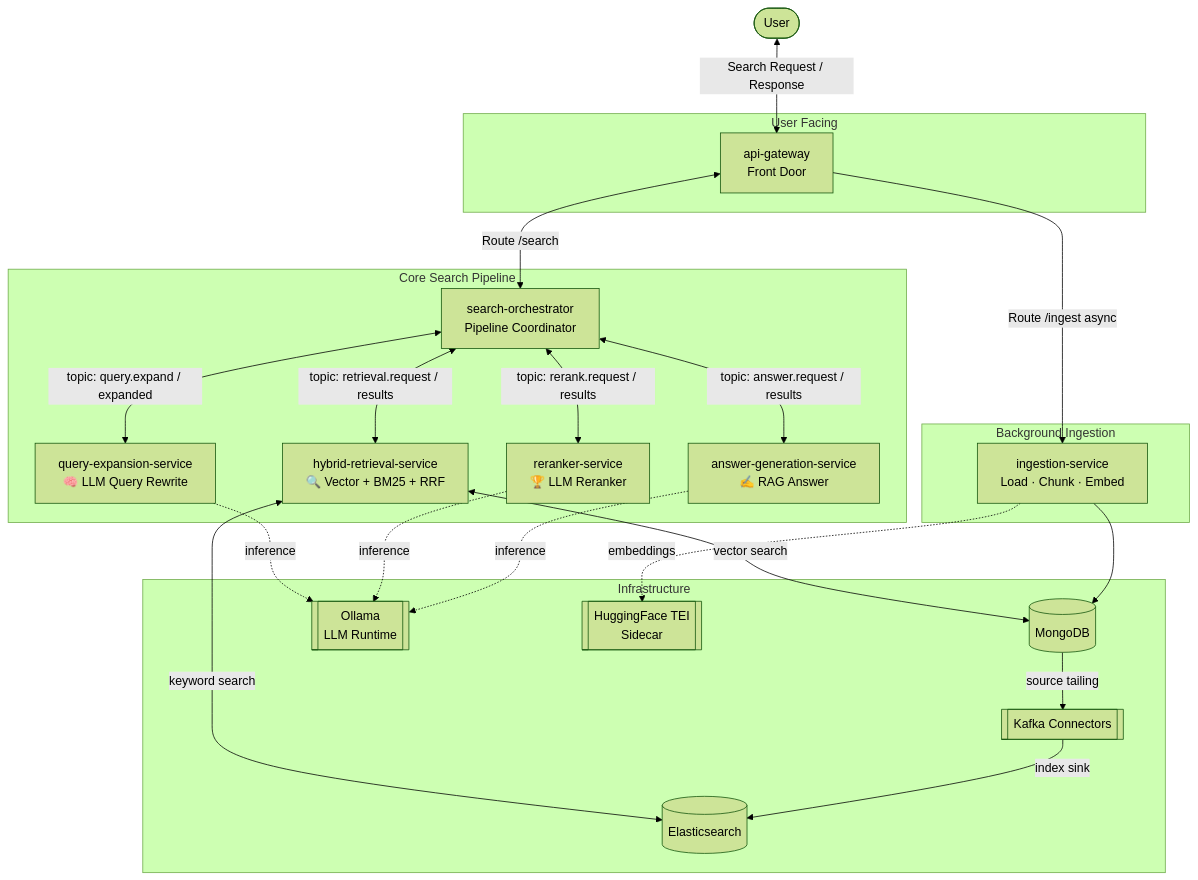
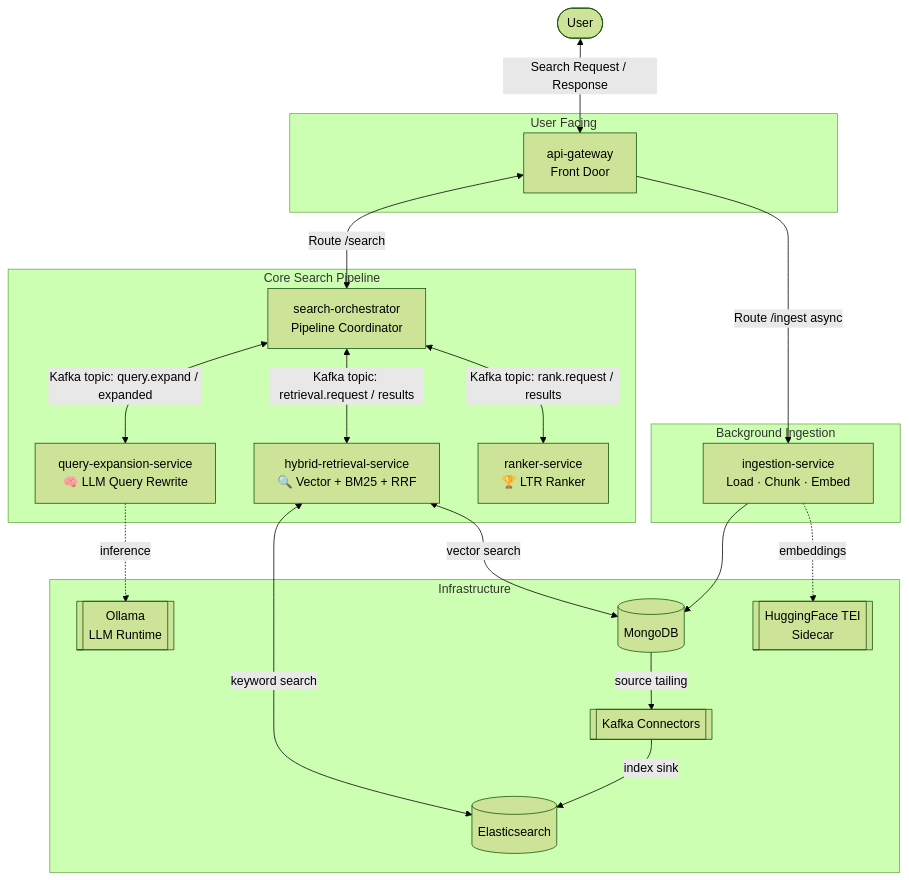
One commit to Peqchji/spring-ai-search-engine changed the first of 2 diagrams in README.md. Above: the diagram before and after it, drawn with Mermaid (forest theme). The commit also changed other lines of this file and 9 other files, not shown here.

First line of the commit message:
docs: Refactor architecture to LTR AI Search Engine

````diff
--- a/README.md
+++ b/README.md
@@ -25,51 +25,46 @@
 ```mermaid
 flowchart TD
     U([User])
 
     subgraph User Facing
         GW[api-gateway<br>Front Door]
     end
     
     subgraph Core Search Pipeline
         ORCH[search-orchestrator<br>Pipeline Coordinator]
         QE[query-expansion-service<br>🧠 LLM Query Rewrite]
         HR[hybrid-retrieval-service<br>🔍 Vector + BM25 + RRF]
-        RR[reranker-service<br>🏆 LLM Reranker]
-        AG[answer-generation-service<br>✍️ RAG Answer]
+        RANK[ranker-service<br>🏆 LTR Ranker]
     end
 
     subgraph Background Ingestion
         IS[ingestion-service<br>Load · Chunk · Embed]
     end
 
     subgraph Infrastructure
         MDB[(MongoDB)]
         ES[(Elasticsearch)]
         OL[[Ollama<br>LLM Runtime]]
         TEI[[HuggingFace TEI<br>Sidecar]]
         K[[Kafka Connectors]]
     end
 
     U <-->|Search Request / Response| GW
 
     GW <-->|Route /search| ORCH
     GW -->|Route /ingest async| IS
 
-    ORCH <-->|topic: query.expand / expanded| QE
+    ORCH <-->|Kafka topic: query.expand / expanded| QE
     QE -.->|inference| OL
     
-    ORCH <-->|topic: retrieval.request / results| HR
+    ORCH <-->|Kafka topic: retrieval.request / results| HR
+    HR <-->|keyword search| ES
     HR <-->|vector search| MDB
-    HR <-->|keyword search| ES
     
-    ORCH <-->|topic: rerank.request / results| RR
-    RR -.->|inference| OL
-    
-    ORCH <-->|topic: answer.request / results| AG
-    AG -.->|inference| OL
+    ORCH <-->|Kafka topic: rank.request / results| RANK
 
+    IS --> MDB
     IS -.->|embeddings| TEI
-    IS --> MDB
     MDB -->|source tailing| K
     K -->|index sink| ES
 ```
````
